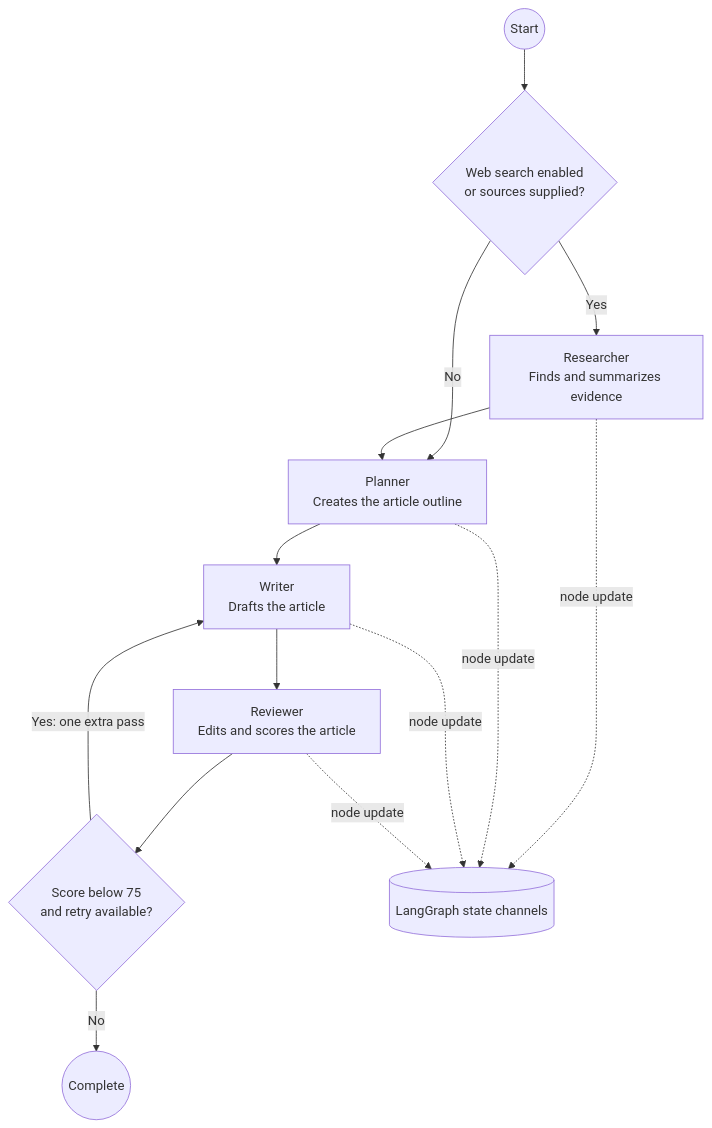
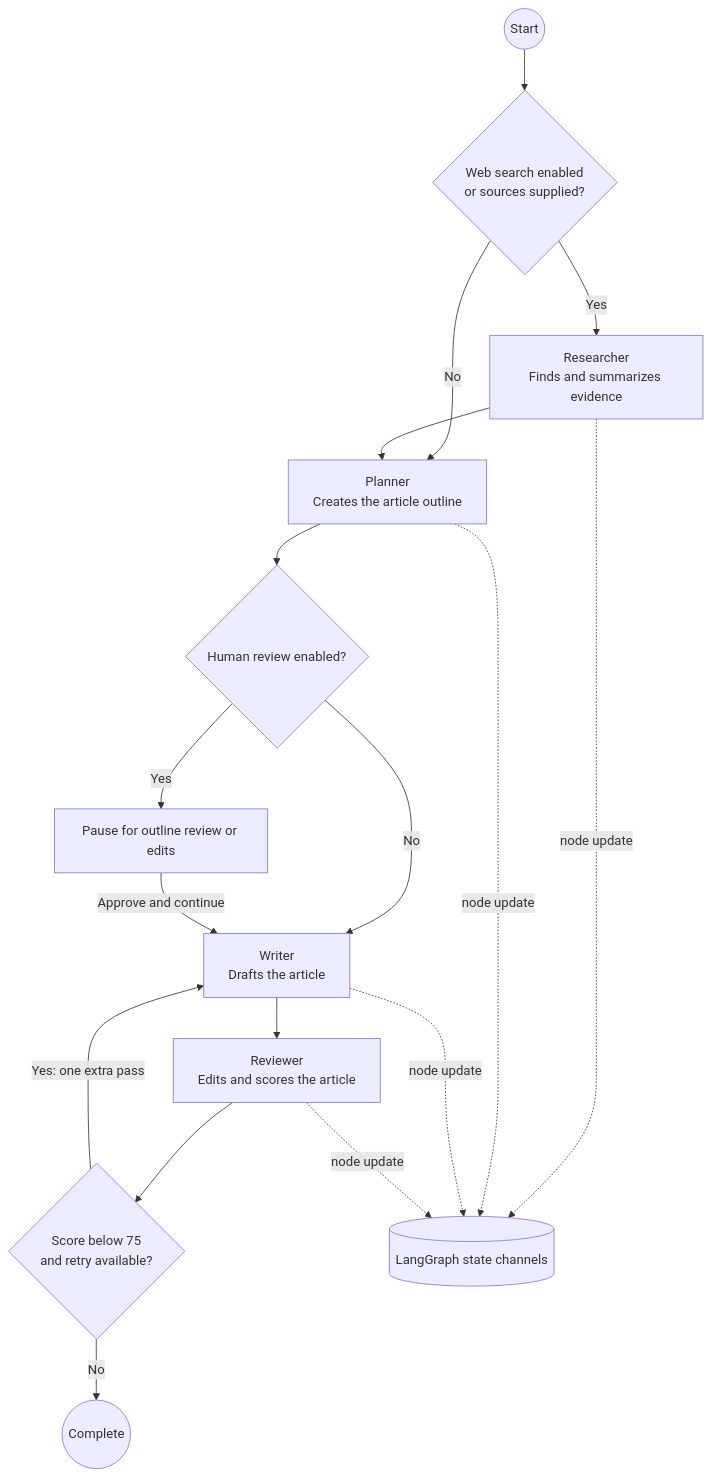
Before and after one commit to appractive/langgraph-multi-agent-post-generator-ts: the diagram in AGENT_PIPELINE.md, drawn with Mermaid. The commit also changed other lines of this file and 7 other files, not shown here.

Commit message:
leave only planner as HITL

````diff
--- a/AGENT_PIPELINE.md
+++ b/AGENT_PIPELINE.md
@@ -5,16 +5,19 @@
 ```mermaid
 flowchart TD
     start((Start)) --> researchCheck{Web search enabled<br/>or sources supplied?}
     researchCheck -->|Yes| researcher[Researcher<br/>Finds and summarizes evidence]
     researchCheck -->|No| planner[Planner<br/>Creates the article outline]
     researcher --> planner
-    planner --> writer[Writer<br/>Drafts the article]
+    planner --> hitlCheck{Human review enabled?}
+    hitlCheck -->|Yes| pause[Pause for outline review or edits]
+    hitlCheck -->|No| writer[Writer<br/>Drafts the article]
+    pause -->|Approve and continue| writer
     writer --> reviewer[Reviewer<br/>Edits and scores the article]
     reviewer --> retryCheck{Score below 75<br/>and retry available?}
     retryCheck -->|Yes: one extra pass| writer
     retryCheck -->|No| finish((Complete))
     researcher -. node update .-> state[(LangGraph state channels)]
     planner -. node update .-> state
     writer -. node update .-> state
     reviewer -. node update .-> state
 ```
````
